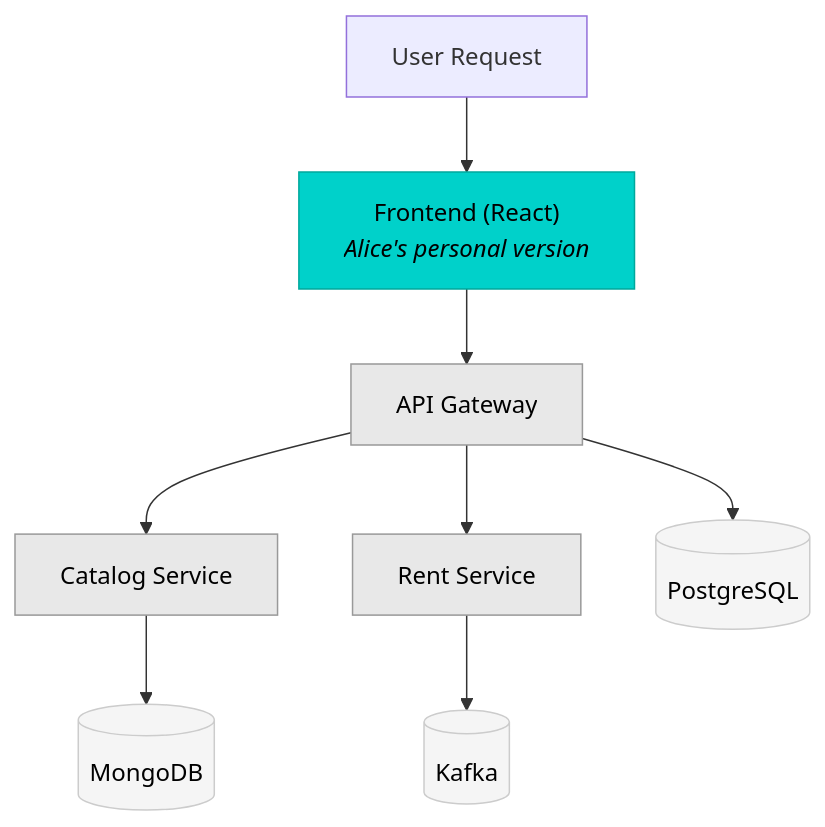
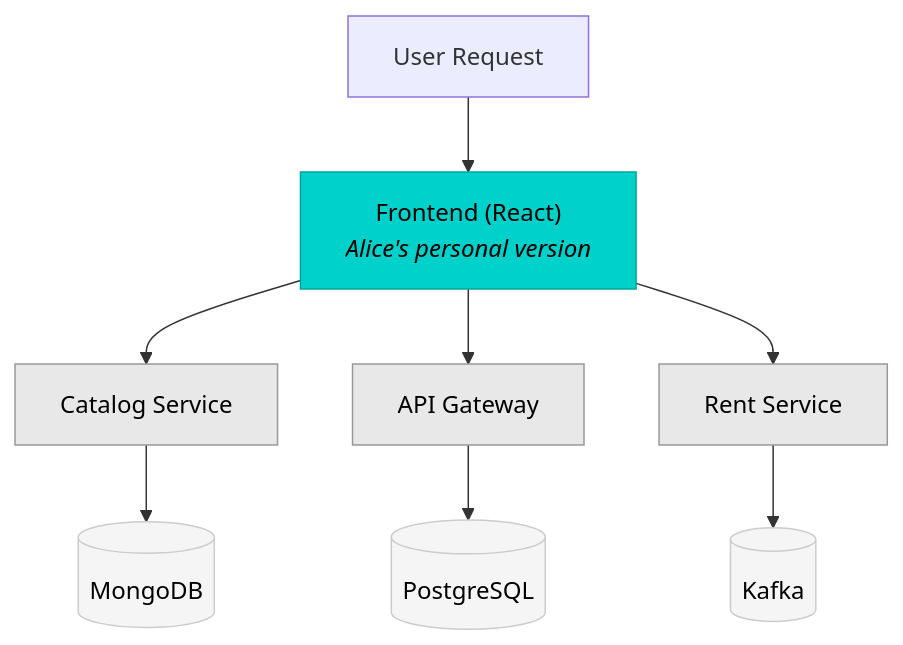
Before and after one commit to okteto/docs: the diagram in src/content/core/divert.mdx, drawn with Mermaid. The commit also changed other lines of this file and 7 other files, not shown here.

````diff
--- a/src/content/core/divert.mdx
+++ b/src/content/core/divert.mdx
@@ -252,27 +118,27 @@
 ```mermaid
 graph TB
     User[User Request]
     Frontend["Frontend (React)<br/><em>Alice's personal version</em>"]
+    Catalog[Catalog Service]
     API[API Gateway]
-    Catalog[Catalog Service]
     Rent[Rent Service]
     MongoDB[(MongoDB)]
     PostgreSQL[(PostgreSQL)]
     Kafka[(Kafka)]
 
     User --> Frontend
+    Frontend --> Catalog
     Frontend --> API
-    API --> Catalog
-    API --> Rent
+    Frontend --> Rent
     Catalog --> MongoDB
     API --> PostgreSQL
     Rent --> Kafka
 
     classDef personal fill:#00d1ca,stroke:#00a89c,color:#000
     classDef shared fill:#e8e8e8,stroke:#999,color:#000
     classDef infrastructure fill:#f5f5f5,stroke:#ccc,color:#000
 
     class Frontend personal
-    class API,Catalog,Rent shared
+    class Catalog,API,Rent shared
     class MongoDB,PostgreSQL,Kafka infrastructure
 ```
````
